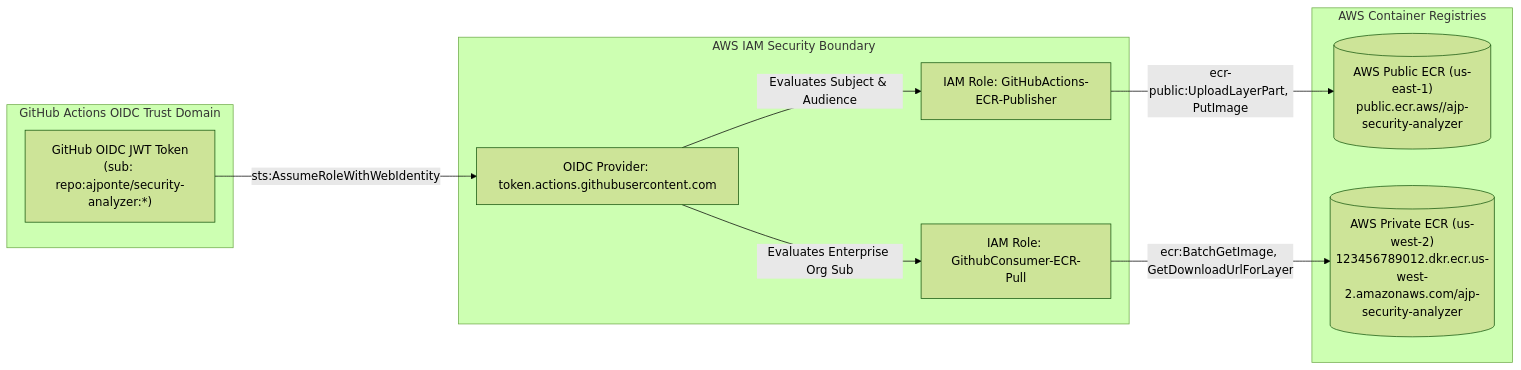
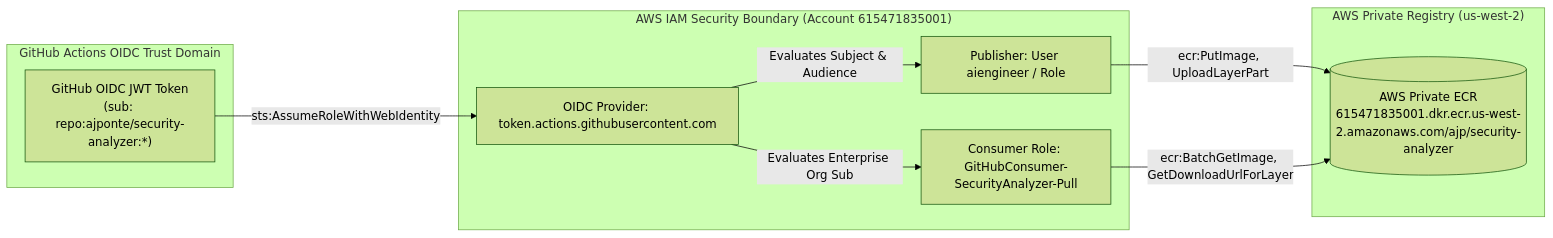
Before and after one commit to ajponte/security-analyzer: the sixth of 6 diagrams in docs/specs/docker-gha-integration.md, drawn with Mermaid (forest theme). The commit also changed other lines of this file and 7 other files, not shown here.

````diff
--- a/docs/specs/docker-gha-integration.md
+++ b/docs/specs/docker-gha-integration.md
@@ -706,24 +645,23 @@
 ```mermaid
 flowchart LR
     subgraph GitHub_Trust_Domain ["GitHub Actions OIDC Trust Domain"]
         WorkflowJWT["GitHub OIDC JWT Token<br/>(sub: repo:ajponte/security-analyzer:*)"]
     end
 
-    subgraph AWS_IAM_Boundary ["AWS IAM Security Boundary"]
+    subgraph AWS_IAM_Boundary ["AWS IAM Security Boundary (Account 615471835001)"]
         OIDCProvider["OIDC Provider: token.actions.githubusercontent.com"]
-        PublisherRole["IAM Role: GitHubActions-ECR-Publisher"]
-        ConsumerRole["IAM Role: GithubConsumer-ECR-Pull"]
+        PublisherRole["Publisher: User aiengineer / Role"]
+        ConsumerRole["Consumer Role: GitHubConsumer-SecurityAnalyzer-Pull"]
     end
 
-    subgraph ECR_Storage ["AWS Container Registries"]
-        PublicRepo[("AWS Public ECR (us-east-1)<br/>public.ecr.aws/<alias>/ajp-security-analyzer")]
-        PrivateRepo[("AWS Private ECR (us-west-2)<br/>123456789012.dkr.ecr.us-west-2.amazonaws.com/ajp-security-analyzer")]
+    subgraph ECR_Storage ["AWS Private Registry (us-west-2)"]
+        PrivateRepo[("AWS Private ECR<br/>615471835001.dkr.ecr.us-west-2.amazonaws.com/ajp/security-analyzer")]
     end
 
     WorkflowJWT -->|sts:AssumeRoleWithWebIdentity| OIDCProvider
     OIDCProvider -->|Evaluates Subject & Audience| PublisherRole
     OIDCProvider -->|Evaluates Enterprise Org Sub| ConsumerRole
 
-    PublisherRole -->|ecr-public:UploadLayerPart, PutImage| PublicRepo
+    PublisherRole -->|ecr:PutImage, UploadLayerPart| PrivateRepo
     ConsumerRole -->|ecr:BatchGetImage, GetDownloadUrlForLayer| PrivateRepo
 ```
````
